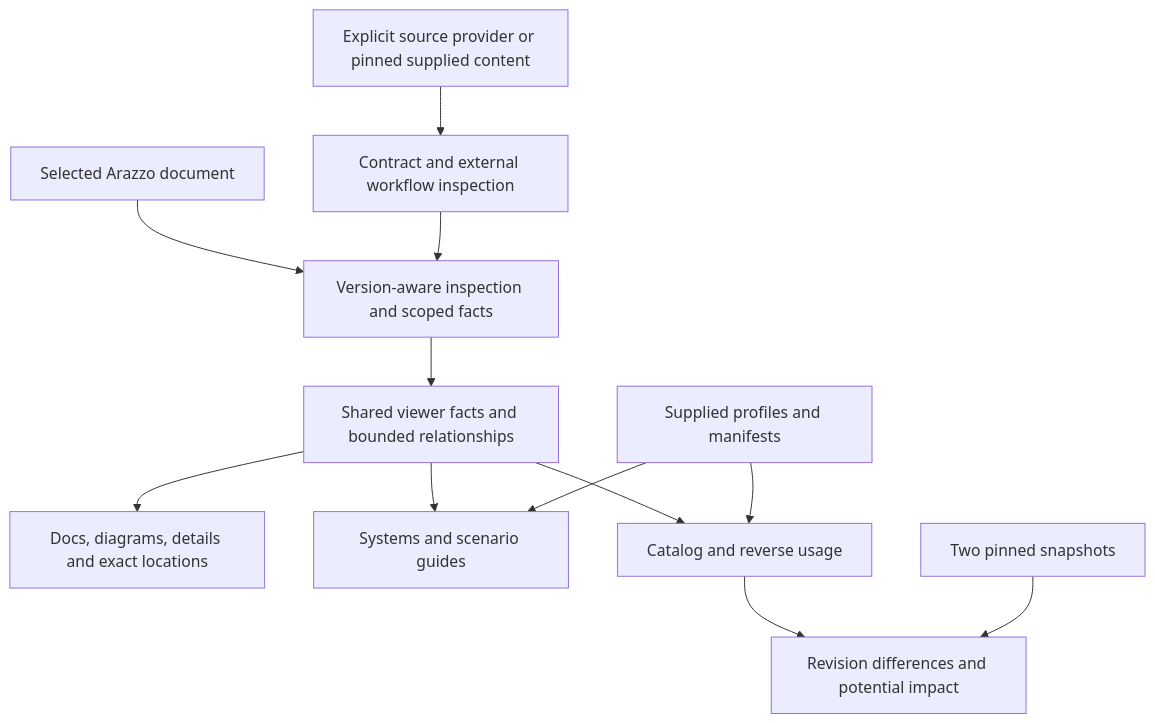
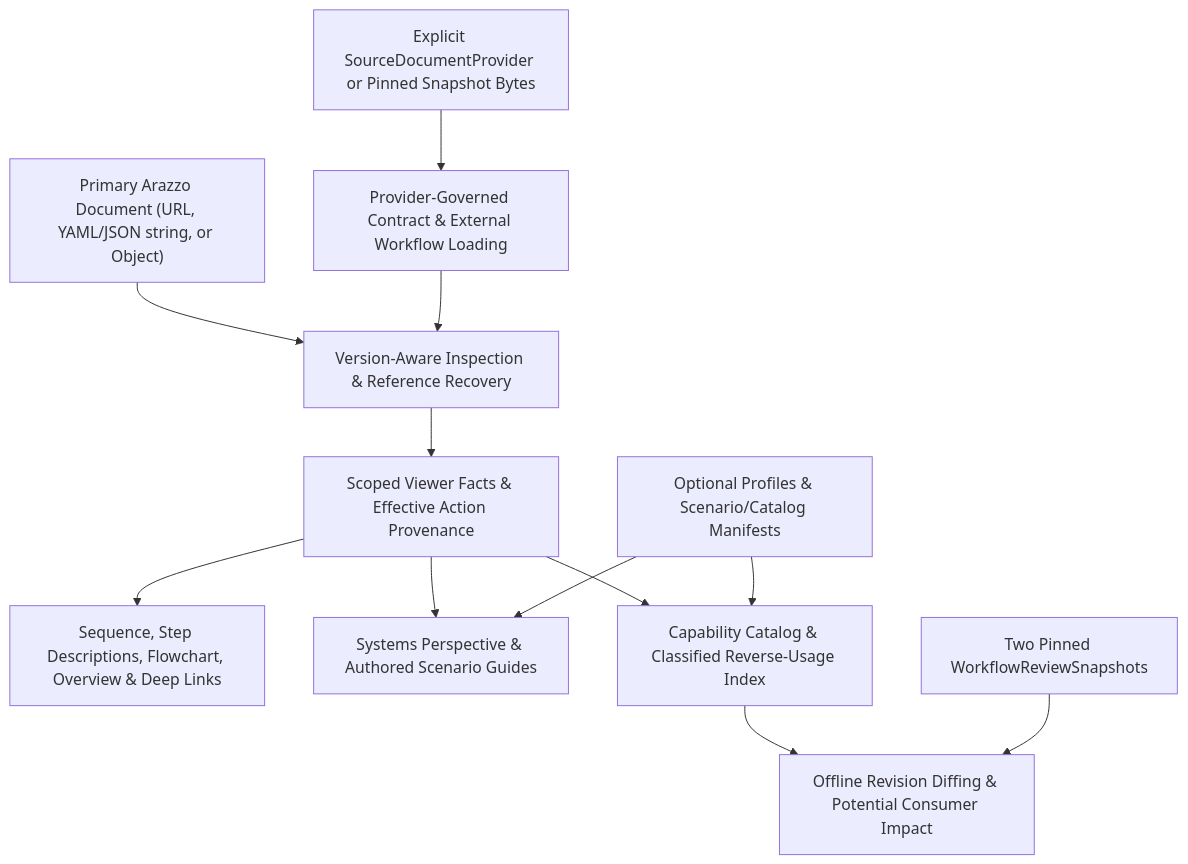
The diagram in openspec/specs/README.md (qconn-io/jentic-arazzo-tools), drawn with Mermaid before and after one commit. The commit also changed other lines of this file, not shown here.

Commit message:
feat(ui): document chained workflow visualization in README

````diff
--- a/openspec/specs/README.md
+++ b/openspec/specs/README.md
@@ -32,14 +51,14 @@
 ```mermaid
 flowchart TB
-    D[Selected Arazzo document] --> I[Version-aware inspection and scoped facts]
-    P[Explicit source provider or pinned supplied content] --> C[Contract and external workflow inspection]
+    D["Primary Arazzo Document (URL, YAML/JSON string, or Object)"] --> I["Version-Aware Inspection & Reference Recovery"]
+    P["Explicit SourceDocumentProvider or Pinned Snapshot Bytes"] --> C["Provider-Governed Contract & External Workflow Loading"]
     C --> I
-    I --> V[Shared viewer facts and bounded relationships]
-    V --> R[Docs, diagrams, details and exact locations]
-    V --> S[Systems and scenario guides]
-    V --> K[Catalog and reverse usage]
-    K --> Q[Revision differences and potential impact]
-    B[Two pinned snapshots] --> Q
-    M[Supplied profiles and manifests] --> S
+    I --> V["Scoped Viewer Facts & Effective Action Provenance"]
+    V --> R["Sequence, Step Descriptions, Flowchart, Overview & Deep Links"]
+    V --> S["Systems Perspective & Authored Scenario Guides"]
+    V --> K["Capability Catalog & Classified Reverse-Usage Index"]
+    K --> Q["Offline Revision Diffing & Potential Consumer Impact"]
+    B["Two Pinned WorkflowReviewSnapshots"] --> Q
+    M["Optional Profiles & Scenario/Catalog Manifests"] --> S
     M --> K
 ```
````
